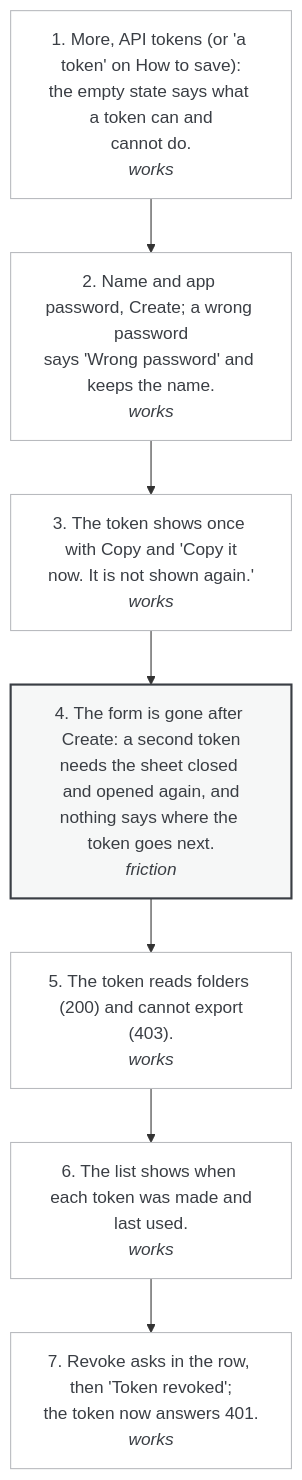
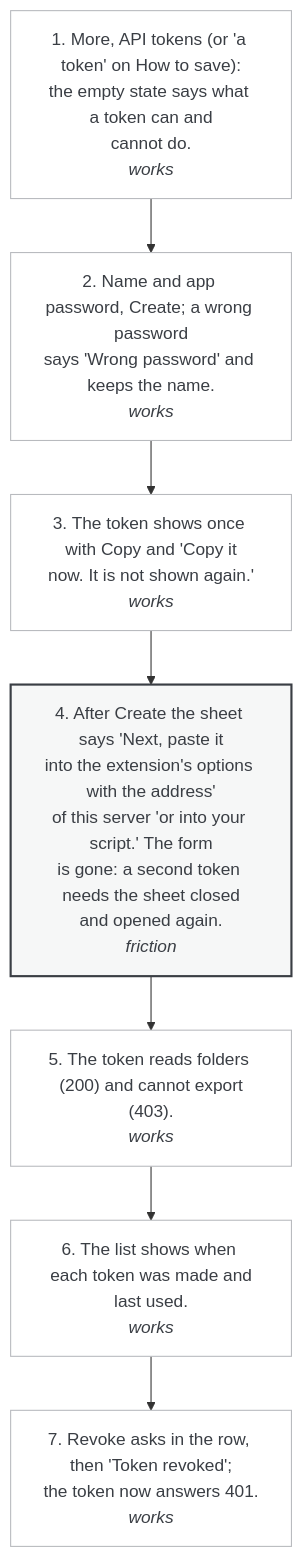
Before and after one commit to pinned-cc/pinned: the diagram in design/wireframes/flows/09-api-tokens.mmd, drawn with Mermaid. The commit also changed 24 other files, not shown here.

Commit message:
Wireframes: the flows describe 0.1.12, step texts and verdicts from the flow test of 04.11 and the 0.1.12 build; the lock note, What's new, the extension's http warning and the phone head when the server is down drawn as they are; build.py no longer rewrites the record of 31.10

```diff
--- a/design/wireframes/flows/09-api-tokens.mmd
+++ b/design/wireframes/flows/09-api-tokens.mmd
@@ -1,17 +1,17 @@
 flowchart TD
   classDef works fill:#ffffff,stroke:#b8babe,color:#3a3e44;
   classDef friction fill:#f6f7f7,stroke:#3a3e44,stroke-width:2px,color:#3a3e44;
   classDef broken fill:#ffffff,stroke:#c4362b,stroke-width:2px,color:#c4362b;
   S1["1. More, API tokens (or 'a token' on How to save):<br/>the empty state says what a token can and<br/>cannot do.<br/><i>works</i>"]:::works
   S2["2. Name and app password, Create; a wrong password<br/>says 'Wrong password' and keeps the name.<br/><i>works</i>"]:::works
   S3["3. The token shows once with Copy and 'Copy it<br/>now. It is not shown again.'<br/><i>works</i>"]:::works
-  S4["4. The form is gone after Create: a second token<br/>needs the sheet closed and opened again, and<br/>nothing says where the token goes next.<br/><i>friction</i>"]:::friction
+  S4["4. After Create the sheet says 'Next, paste it<br/>into the extension's options with the address'<br/>of this server 'or into your script.' The form<br/>is gone: a second token needs the sheet closed<br/>and opened again.<br/><i>friction</i>"]:::friction
   S5["5. The token reads folders (200) and cannot export<br/>(403).<br/><i>works</i>"]:::works
   S6["6. The list shows when each token was made and<br/>last used.<br/><i>works</i>"]:::works
   S7["7. Revoke asks in the row, then 'Token revoked';<br/>the token now answers 401.<br/><i>works</i>"]:::works
   S1 --> S2
   S2 --> S3
   S3 --> S4
   S4 --> S5
   S5 --> S6
   S6 --> S7
```
